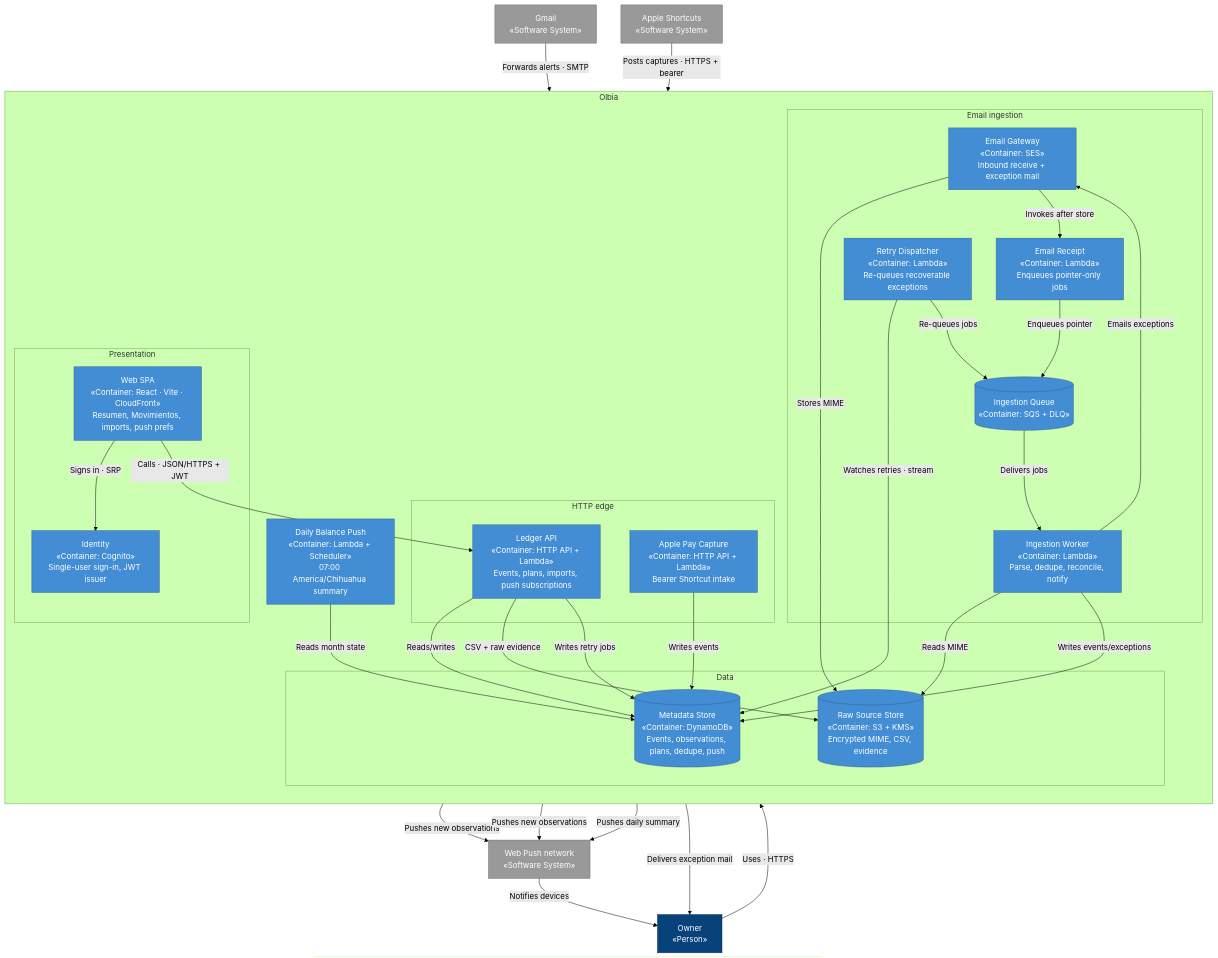
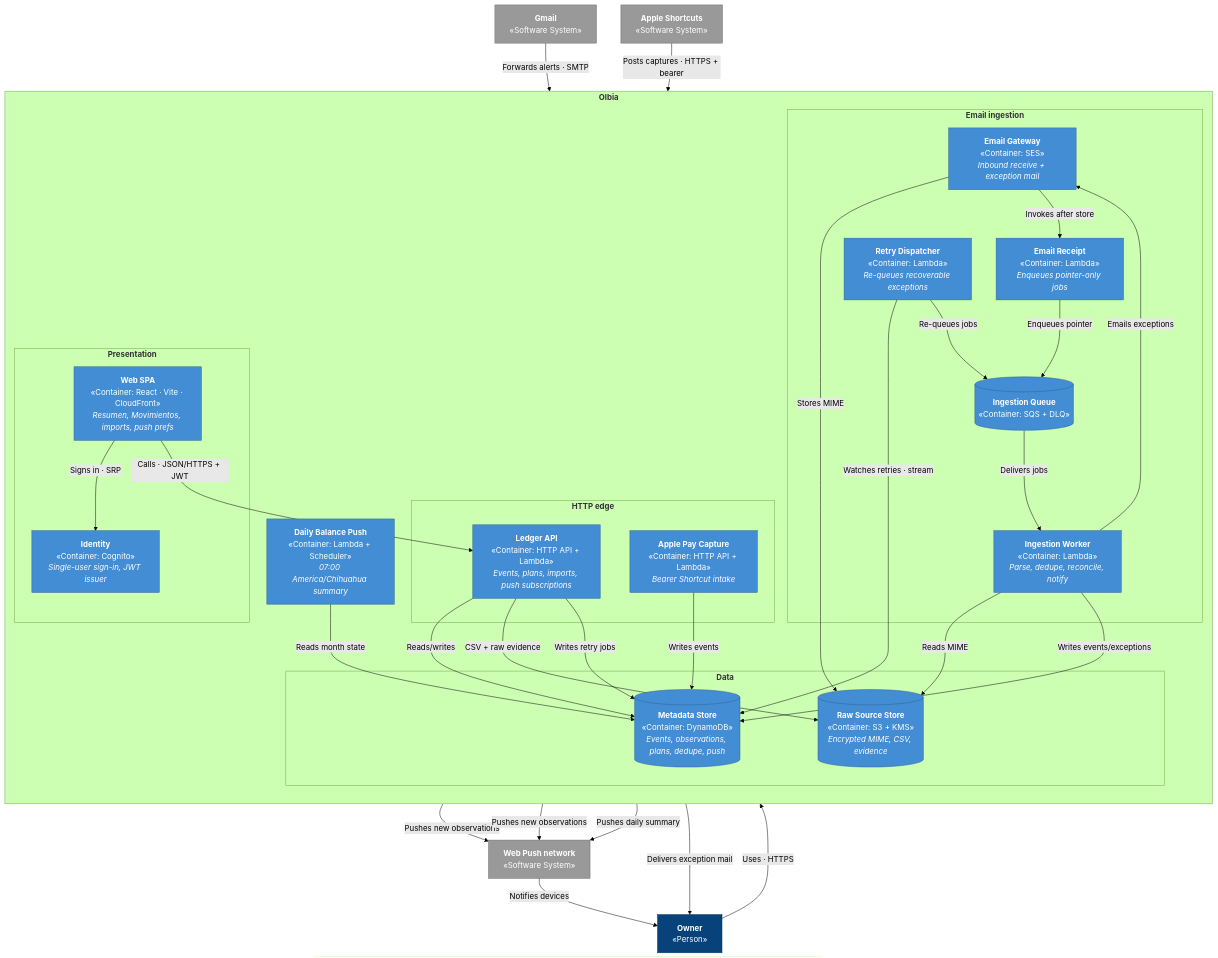
Before and after one commit to DavidCs9/personal-finance-system: the first of 4 diagrams in docs/architecture.md, drawn with Mermaid (forest theme). The commit also changed other lines of this file and 1 other file, not shown here.

```diff
--- a/docs/architecture.md
+++ b/docs/architecture.md
@@ -24,38 +24,65 @@
   classDef container fill:#438DD5,stroke:#2E6295,color:#fff,stroke-width:1px
   classDef store fill:#438DD5,stroke:#2E6295,color:#fff,stroke-width:1px
 
-  owner["Owner\n«Person»"]
-  gmail["Gmail\n«Software System»"]
-  shortcuts["Apple Shortcuts\n«Software System»"]
-  webpush["Web Push network\n«Software System»"]
+  owner["`**Owner**
+«Person»`"]
+  gmail["`**Gmail**
+«Software System»`"]
+  shortcuts["`**Apple Shortcuts**
+«Software System»`"]
+  webpush["`**Web Push network**
+«Software System»`"]
 
-  subgraph olbia["Olbia"]
+  subgraph olbia["`**Olbia**`"]
     direction TB
 
-    subgraph presentation["Presentation"]
-      spa["Web SPA\n«Container: React · Vite · CloudFront»\nResumen, Movimientos, imports, push prefs"]
-      cognito["Identity\n«Container: Cognito»\nSingle-user sign-in, JWT issuer"]
+    subgraph presentation["`**Presentation**`"]
+      spa["`**Web SPA**
+«Container: React · Vite · CloudFront»
+_Resumen, Movimientos, imports, push prefs_`"]
+      cognito["`**Identity**
+«Container: Cognito»
+_Single-user sign-in, JWT issuer_`"]
     end
 
-    subgraph edge["HTTP edge"]
-      api["Ledger API\n«Container: HTTP API + Lambda»\nEvents, plans, imports, push subscriptions"]
-      apple["Apple Pay Capture\n«Container: HTTP API + Lambda»\nBearer Shortcut intake"]
+    subgraph edge["`**HTTP edge**`"]
+      api["`**Ledger API**
+«Container: HTTP API + Lambda»
+_Events, plans, imports, push subscriptions_`"]
+      apple["`**Apple Pay Capture**
+«Container: HTTP API + Lambda»
+_Bearer Shortcut intake_`"]
     end
 
-    subgraph pipeline["Email ingestion"]
-      ses["Email Gateway\n«Container: SES»\nInbound receive + exception mail"]
-      receipt["Email Receipt\n«Container: Lambda»\nEnqueues pointer-only jobs"]
-      queue[("Ingestion Queue\n«Container: SQS + DLQ»")]
-      ingest["Ingestion Worker\n«Container: Lambda»\nParse, dedupe, reconcile, notify"]
-      retry["Retry Dispatcher\n«Container: Lambda»\nRe-queues recoverable exceptions"]
+    subgraph pipeline["`**Email ingestion**`"]
+      ses["`**Email Gateway**
+«Container: SES»
+_Inbound receive + exception mail_`"]
+      receipt["`**Email Receipt**
+«Container: Lambda»
+_Enqueues pointer-only jobs_`"]
+      queue[("`**Ingestion Queue**
+«Container: SQS + DLQ»`")]
+      ingest["`**Ingestion Worker**
+«Container: Lambda»
+_Parse, dedupe, reconcile, notify_`"]
+      retry["`**Retry Dispatcher**
+«Container: Lambda»
+_Re-queues recoverable exceptions_`"]
     end
 
-    subgraph data["Data"]
-      ddb[("Metadata Store\n«Container: DynamoDB»\nEvents, observations, plans, dedupe, push")]
-      raw[("Raw Source Store\n«Container: S3 + KMS»\nEncrypted MIME, CSV, evidence")]
+    subgraph data["`**Data**`"]
+      ddb[("`**Metadata Store**
+«Container: DynamoDB»
+_Events, observations, plans, dedupe, push_`")]
+      raw[("`**Raw Source Store**
+«Container: S3 + KMS»
+_Encrypted MIME, CSV, evidence_`")]
     end
 
-    daily["Daily Balance Push\n«Container: Lambda + Scheduler»\n07:00 America/Chihuahua summary"]
+    daily["`**Daily Balance Push**
+«Container: Lambda + Scheduler»
+_07:00 America/Chihuahua summary_`"]
   end
 
   owner -->|"Uses · HTTPS"| spa
```
